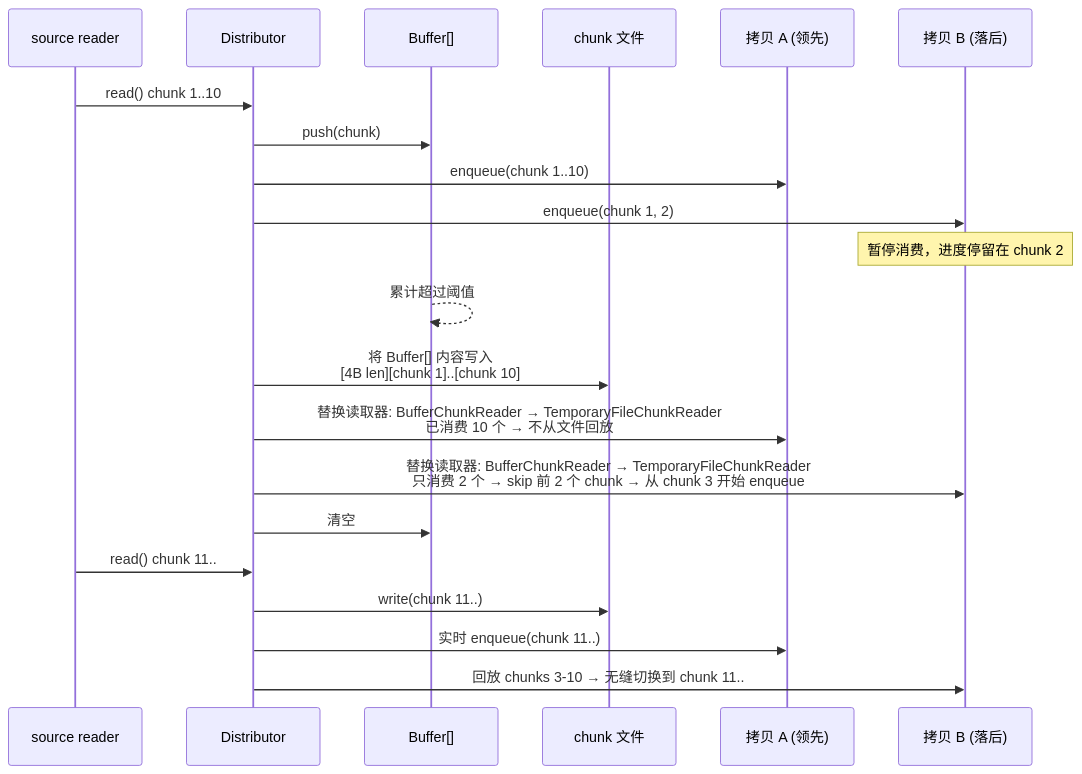
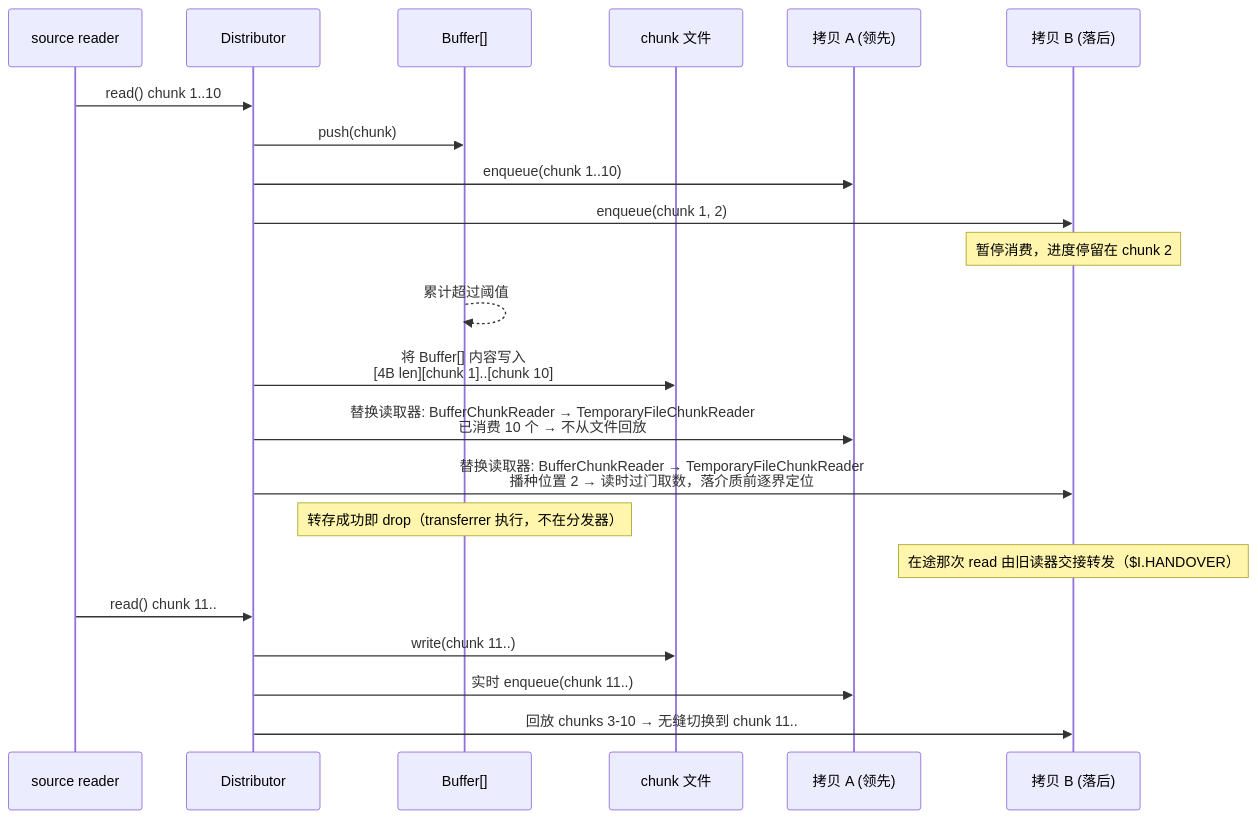
Before and after one commit to produck/node-readable-stream-distributor: the fifth of 6 diagrams in DESIGN.md, drawn with Mermaid. The commit also changed other lines of this file and 14 other files, not shown here.

````diff
--- a/DESIGN.md
+++ b/DESIGN.md
@@ -416,26 +425,27 @@
 ```mermaid
 sequenceDiagram
     participant SRC as source reader
     participant DIST as Distributor
     participant BUF as Buffer[]
     participant FILE as chunk 文件
     participant A as 拷贝 A (领先)
     participant B as 拷贝 B (落后)
 
     SRC->>DIST: read() chunk 1..10
     DIST->>BUF: push(chunk)
     DIST->>A: enqueue(chunk 1..10)
     DIST->>B: enqueue(chunk 1, 2)
     Note over B: 暂停消费，进度停留在 chunk 2
 
     BUF-->>BUF: 累计超过阈值
     DIST->>FILE: 将 Buffer[] 内容写入<br/>[4B len][chunk 1]..[chunk 10]
     DIST->>A: 替换读取器: BufferChunkReader → TemporaryFileChunkReader<br/>已消费 10 个 → 不从文件回放
-    DIST->>B: 替换读取器: BufferChunkReader → TemporaryFileChunkReader<br/>只消费 2 个 → skip 前 2 个 chunk → 从 chunk 3 开始 enqueue
-    DIST->>BUF: 清空
+    DIST->>B: 替换读取器: BufferChunkReader → TemporaryFileChunkReader<br/>播种位置 2 → 读时过门取数，落介质前逐界定位
+    Note over BUF: 转存成功即 drop（transferrer 执行，不在分发器）
+    Note over B: 在途那次 read 由旧读器交接转发（$I.HANDOVER）
 
     SRC->>DIST: read() chunk 11..
     DIST->>FILE: write(chunk 11..)
     DIST->>A: 实时 enqueue(chunk 11..)
     DIST->>B: 回放 chunks 3-10 → 无缝切换到 chunk 11..
 ```
````
